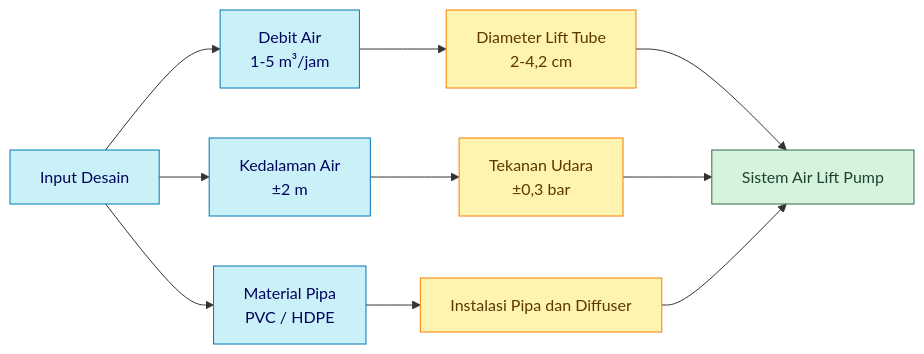
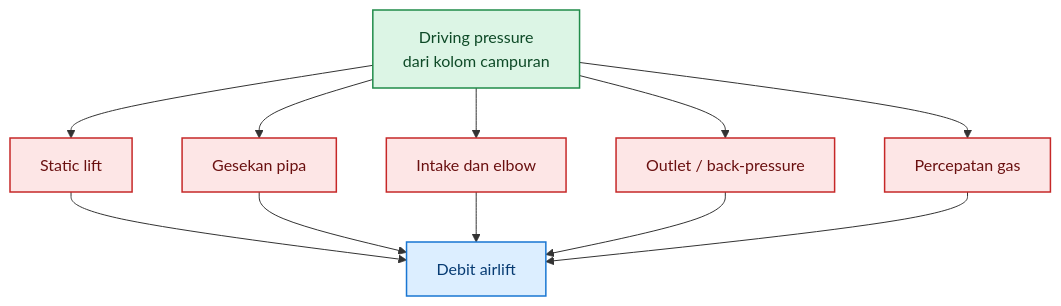
One commit to slametsampon/kawruhnology changed diagram 12 of 42 in content/blog/agri/airlift-pump.mdx. Above: the diagram before and after it, drawn with Mermaid. The commit also changed other lines of this file and 8 other files, not shown here.

Commit message:
update airlift pump, laju-air-fluida

````diff
--- a/content/blog/agri/airlift-pump.mdx
+++ b/content/blog/agri/airlift-pump.mdx
@@ -779,22 +2063,22 @@
-```mermaid
-flowchart LR
-    A[Input Desain] --> B[Debit Air<br/>1-5 m³/jam]
-    A --> C[Kedalaman Air<br/>±2 m]
-    A --> D[Material Pipa<br/>PVC / HDPE]
+```mermaid id="cp3d72"
+flowchart TD
+    A["Driving pressure<br/>dari kolom campuran"] --> B["Static lift"]
+    A --> C["Gesekan pipa"]
+    A --> D["Intake dan elbow"]
+    A --> E["Outlet / back-pressure"]
+    A --> F["Percepatan gas"]
 
-    B --> E[Diameter Lift Tube<br/>2-4,2 cm]
-    C --> F[Tekanan Udara<br/>±0,3 bar]
-    D --> G[Instalasi Pipa dan Diffuser]
+    B --> G["Debit airlift"]
+    C --> G
+    D --> G
+    E --> G
+    F --> G
 
-    E --> H[Sistem Air Lift Pump]
-    F --> H
-    G --> H
+    classDef drive fill:#DCF5E5,stroke:#218C4A,color:#0E4A27,stroke-width:1.5px;
+    classDef loss fill:#FDE6E6,stroke:#C62828,color:#6A1010,stroke-width:1.5px;
+    classDef result fill:#DCEEFF,stroke:#1976D2,color:#073B73,stroke-width:1.5px;
 
-    classDef input fill:#caf0f8,stroke:#0077b6,color:#03045e;
-    classDef desain fill:#fff3b0,stroke:#f77f00,color:#5c3700;
-    classDef hasil fill:#d8f3dc,stroke:#2d6a4f,color:#1b4332;
-
-    class A,B,C,D input;
-    class E,F,G desain;
-    class H hasil;
+    class A drive;
+    class B,C,D,E,F loss;
+    class G result;
 ```
````
